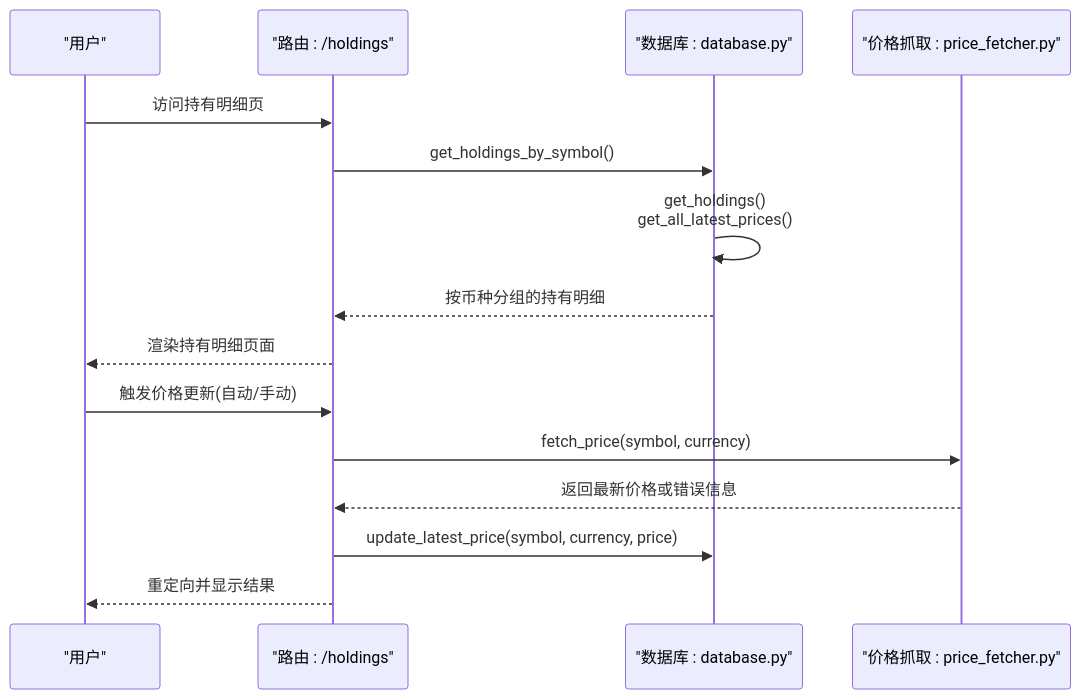
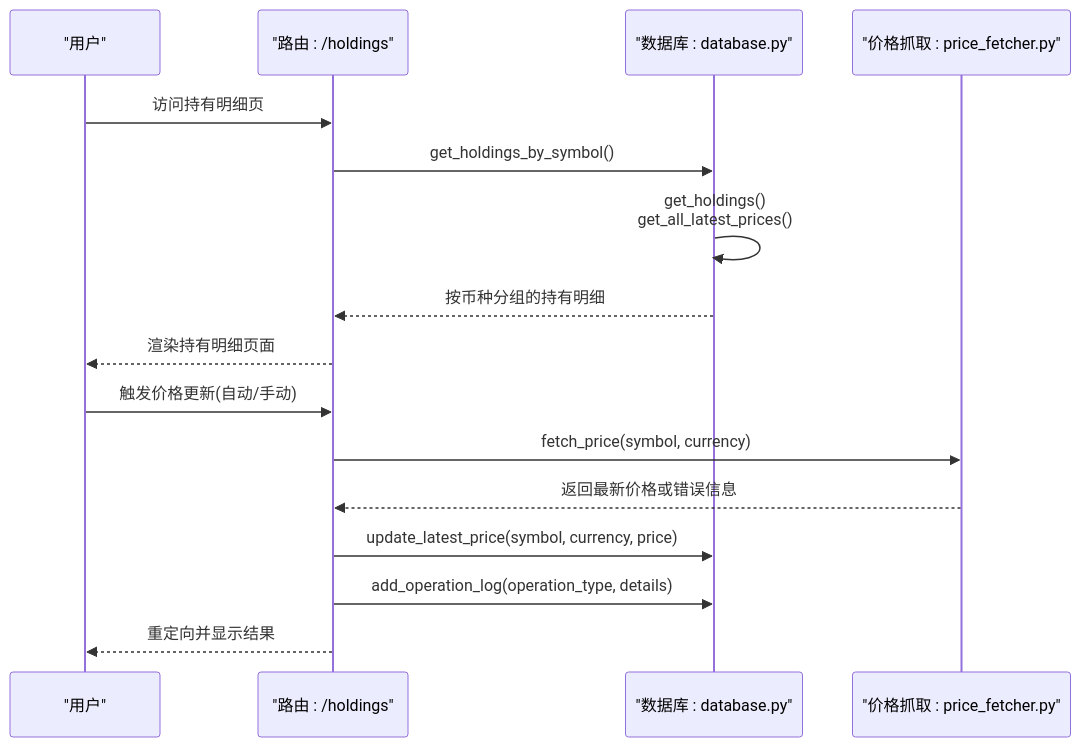
Before and after one commit to macrohuang/invest-log: the second of 6 diagrams in .qoder/repowiki/zh/content/核心功能模块/投资组合管理.md, drawn with Mermaid. The commit also changed other lines of this file and 11 other files, not shown here.

````diff
--- a/.qoder/repowiki/zh/content/核心功能模块/投资组合管理.md
+++ b/.qoder/repowiki/zh/content/核心功能模块/投资组合管理.md
@@ -89,17 +124,18 @@
 ```mermaid
 sequenceDiagram
 participant U as "用户"
 participant R as "路由 : /holdings"
 participant DB as "数据库 : database.py"
 participant PF as "价格抓取 : price_fetcher.py"
 U->>R : 访问持有明细页
 R->>DB : get_holdings_by_symbol()
 DB->>DB : get_holdings()<br/>get_all_latest_prices()
 DB-->>R : 按币种分组的持有明细
 R-->>U : 渲染持有明细页面
 U->>R : 触发价格更新(自动/手动)
 R->>PF : fetch_price(symbol, currency)
 PF-->>R : 返回最新价格或错误信息
 R->>DB : update_latest_price(symbol, currency, price)
+R->>DB : add_operation_log(operation_type, details)
 R-->>U : 重定向并显示结果
 ```
````
